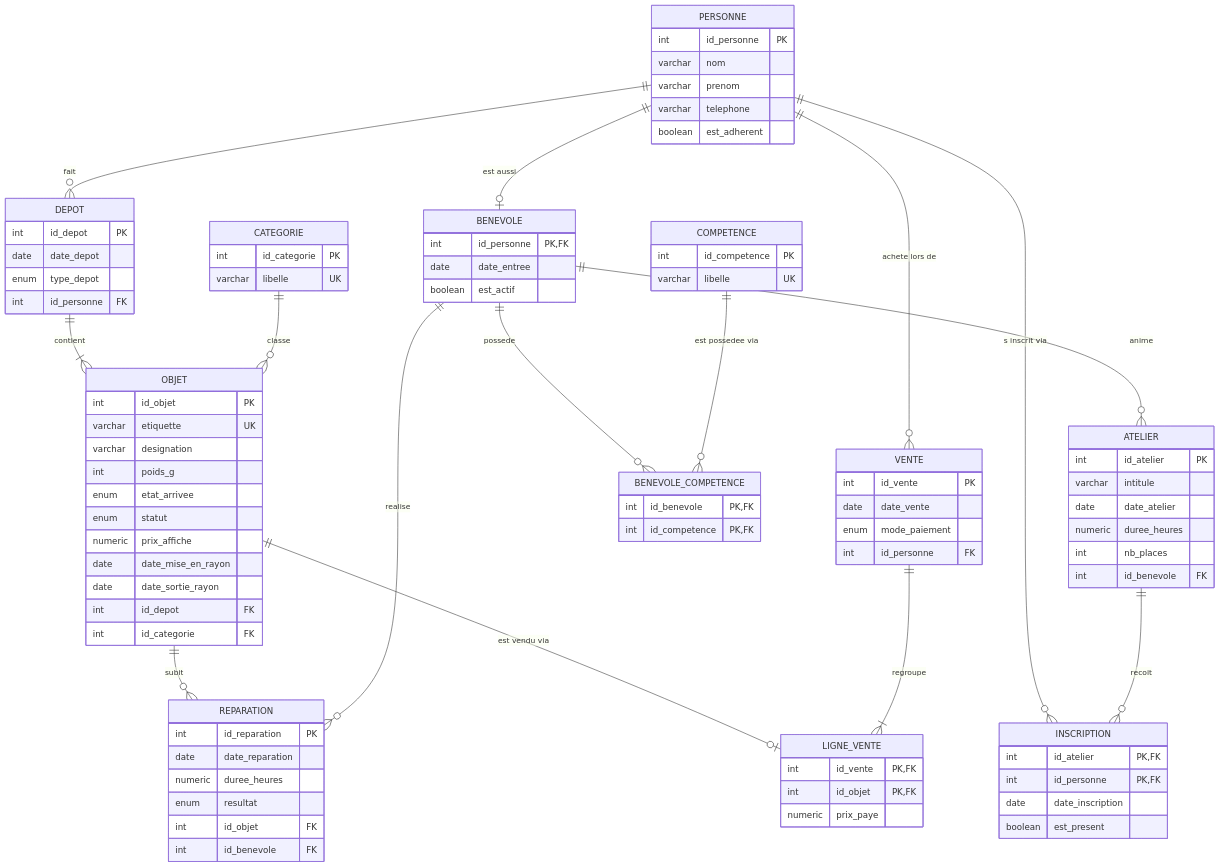
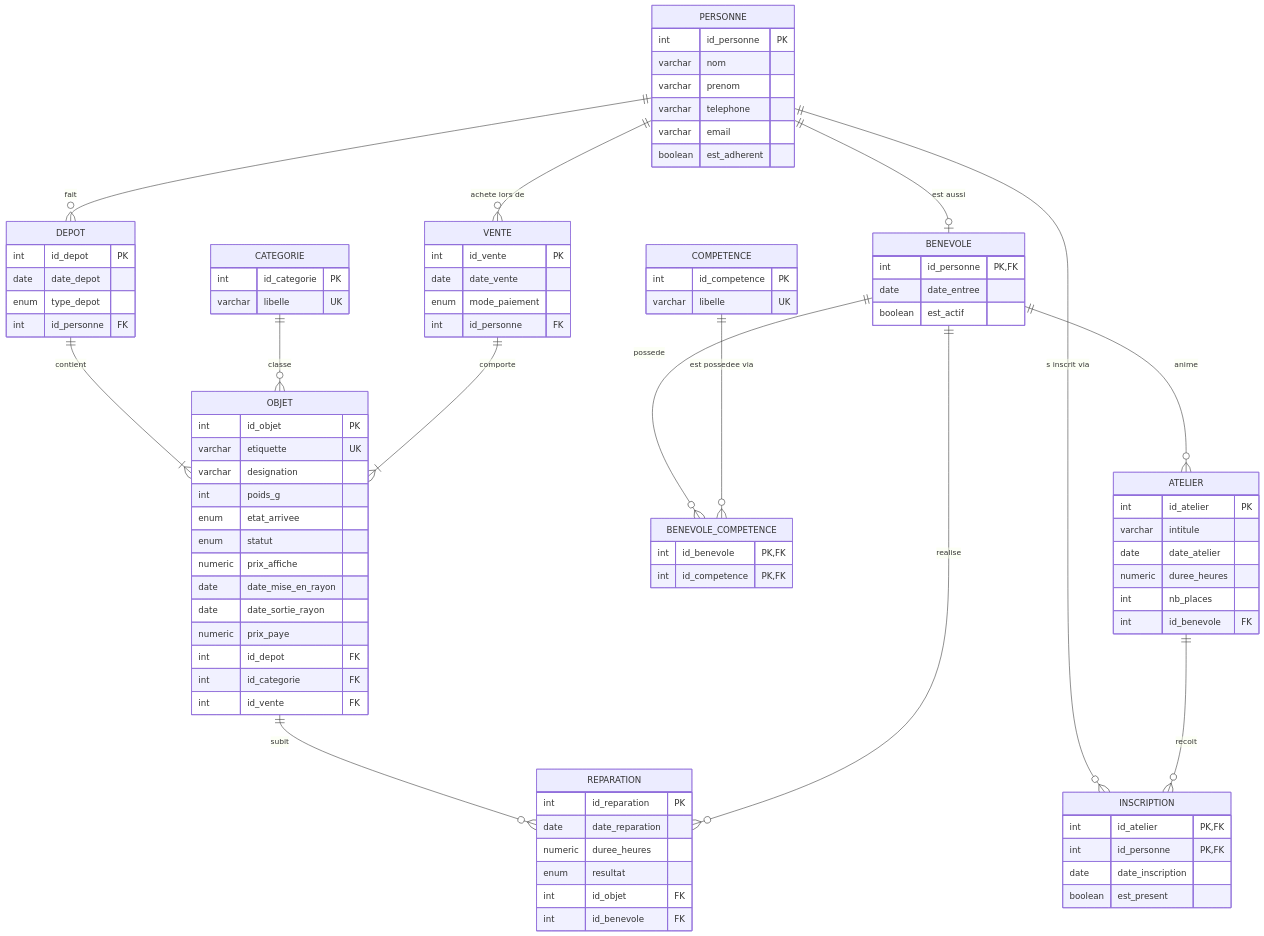
The diagram in conception/schemas-relations/01-vue-ensemble.mmd (victormetral/adatabase), drawn with Mermaid before and after one commit. The commit also changed 11 other files, not shown here.

Commit message:
Phase 3 : schema relationnel 11 tables

```diff
--- a/conception/schemas-relations/01-vue-ensemble.mmd
+++ b/conception/schemas-relations/01-vue-ensemble.mmd
@@ -1,97 +1,93 @@
 erDiagram
     PERSONNE ||--o{ DEPOT : "fait"
     PERSONNE ||--o| BENEVOLE : "est aussi"
     PERSONNE ||--o{ VENTE : "achete lors de"
     PERSONNE ||--o{ INSCRIPTION : "s inscrit via"
 
     DEPOT ||--|{ OBJET : "contient"
     CATEGORIE ||--o{ OBJET : "classe"
+    VENTE ||--|{ OBJET : "comporte"
 
     OBJET ||--o{ REPARATION : "subit"
     BENEVOLE ||--o{ REPARATION : "realise"
-
-    OBJET ||--o| LIGNE_VENTE : "est vendu via"
-    VENTE ||--|{ LIGNE_VENTE : "regroupe"
 
     BENEVOLE ||--o{ BENEVOLE_COMPETENCE : "possede"
     COMPETENCE ||--o{ BENEVOLE_COMPETENCE : "est possedee via"
 
     BENEVOLE ||--o{ ATELIER : "anime"
     ATELIER ||--o{ INSCRIPTION : "recoit"
 
     PERSONNE {
         int id_personne PK
         varchar nom
         varchar prenom
         varchar telephone
+        varchar email
         boolean est_adherent
     }
     BENEVOLE {
         int id_personne PK,FK
         date date_entree
         boolean est_actif
     }
     DEPOT {
         int id_depot PK
         date date_depot
         enum type_depot
         int id_personne FK
     }
     CATEGORIE {
         int id_categorie PK
         varchar libelle UK
     }
+    VENTE {
+        int id_vente PK
+        date date_vente
+        enum mode_paiement
+        int id_personne FK
+    }
     OBJET {
         int id_objet PK
         varchar etiquette UK
         varchar designation
         int poids_g
         enum etat_arrivee
         enum statut
         numeric prix_affiche
         date date_mise_en_rayon
         date date_sortie_rayon
+        numeric prix_paye
         int id_depot FK
         int id_categorie FK
+        int id_vente FK
     }
     REPARATION {
         int id_reparation PK
         date date_reparation
         numeric duree_heures
         enum resultat
         int id_objet FK
         int id_benevole FK
-    }
-    VENTE {
-        int id_vente PK
-        date date_vente
-        enum mode_paiement
-        int id_personne FK
-    }
-    LIGNE_VENTE {
-        int id_vente PK,FK
-        int id_objet PK,FK
-        numeric prix_paye
     }
     COMPETENCE {
         int id_competence PK
         varchar libelle UK
     }
     BENEVOLE_COMPETENCE {
         int id_benevole PK,FK
         int id_competence PK,FK
     }
     ATELIER {
         int id_atelier PK
         varchar intitule
         date date_atelier
         numeric duree_heures
         int nb_places
         int id_benevole FK
     }
     INSCRIPTION {
         int id_atelier PK,FK
         int id_personne PK,FK
         date date_inscription
         boolean est_present
     }
```
